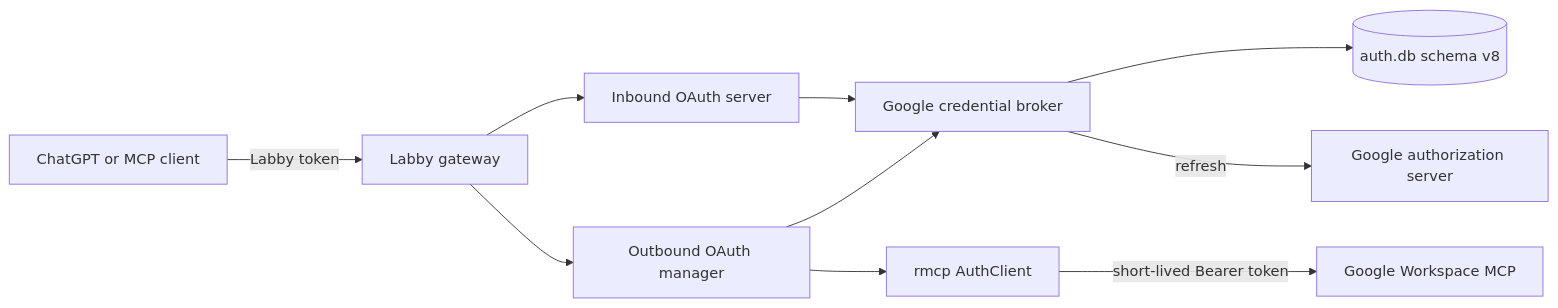
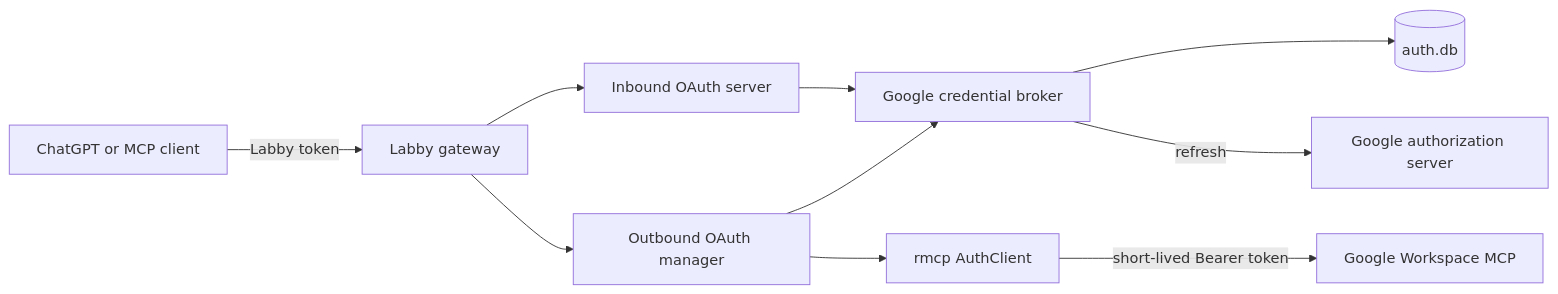
One commit to dinglebear-ai/labby changed the first of 6 diagrams in docs/design/GOOGLE_CREDENTIAL_BROKER.md. Above: the diagram before and after it, drawn with Mermaid. The commit also changed other lines of this file and 99 other files, not shown here.

````diff
--- a/docs/design/GOOGLE_CREDENTIAL_BROKER.md
+++ b/docs/design/GOOGLE_CREDENTIAL_BROKER.md
@@ -167,12 +170,12 @@
 ```mermaid
 flowchart LR
     Client[ChatGPT or MCP client] -->|Labby token| Gateway[Labby gateway]
     Gateway --> Inbound[Inbound OAuth server]
     Inbound --> Broker[Google credential broker]
     Gateway --> Outbound[Outbound OAuth manager]
     Outbound --> Broker
-    Broker --> DB[(auth.db schema v8)]
+    Broker --> DB[(auth.db)]
     Outbound --> AuthClient[rmcp AuthClient]
     AuthClient -->|short-lived Bearer token| GoogleMCP[Google Workspace MCP]
     Broker -->|refresh| GoogleAS[Google authorization server]
 ```
````
